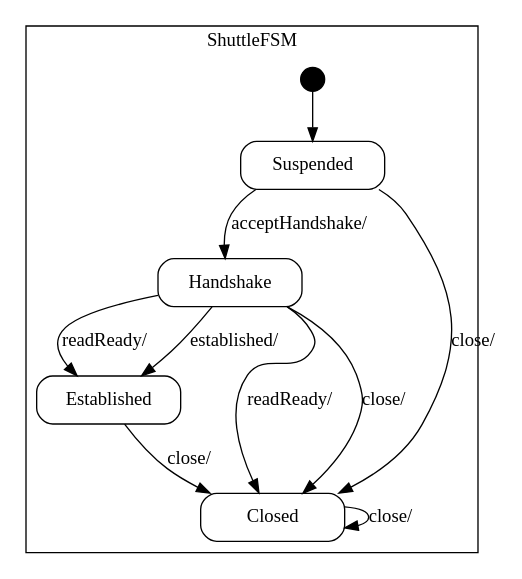
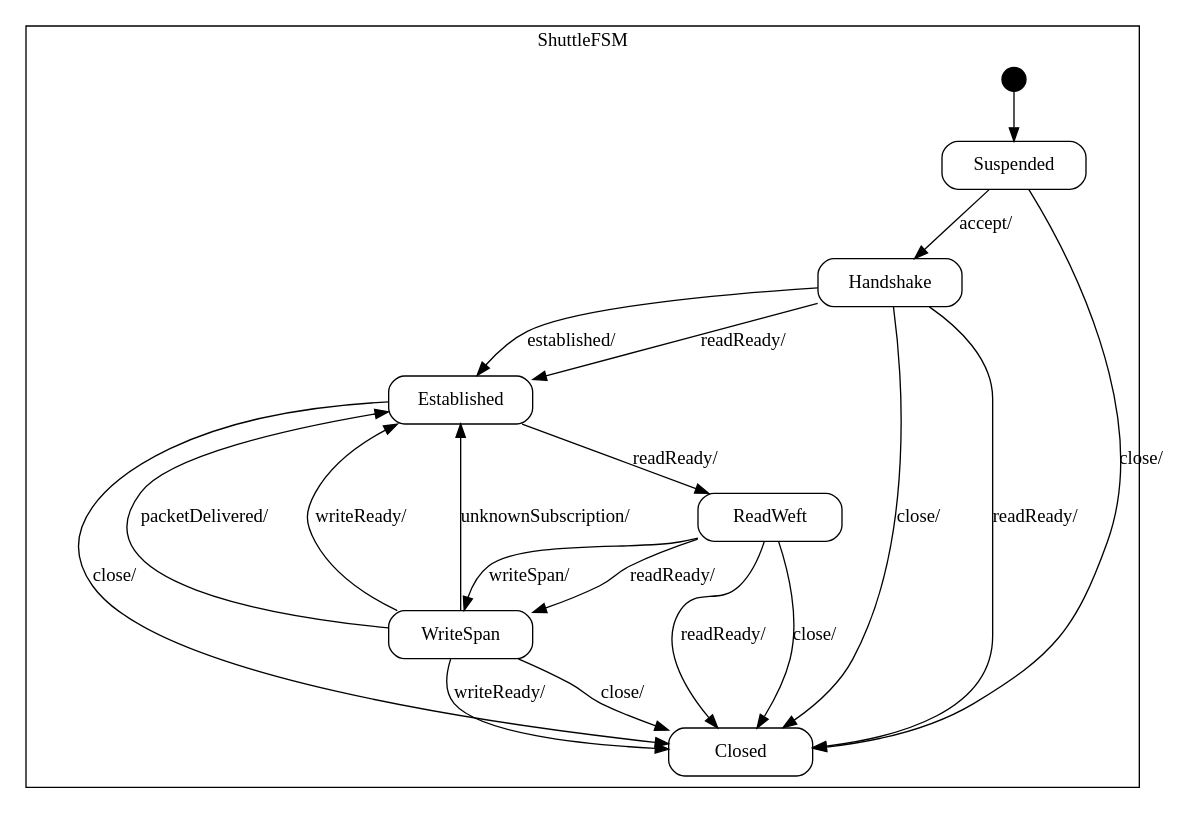
One commit to vmehra-sfdc/Ouroboros changed the diagram in spindle/doc/Shuttle_sm.dot. Above: the diagram before and after it, drawn with Graphviz. The commit also changed 7 other files, not shown here.

```diff
--- a/spindle/doc/Shuttle_sm.dot
+++ b/spindle/doc/Shuttle_sm.dot
@@ -1,60 +1,93 @@
 digraph Shuttle {
 
     node
         [shape=Mrecord width=1.5];
 
     subgraph cluster_ShuttleFSM {
 
         label="ShuttleFSM";
 
         //
         // States (Nodes)
         //
 
         "ShuttleFSM::Suspended"
             [label="{Suspended}"];
 
         "ShuttleFSM::Established"
             [label="{Established}"];
 
         "ShuttleFSM::Handshake"
             [label="{Handshake}"];
 
+        "ShuttleFSM::ReadWeft"
+            [label="{ReadWeft}"];
+
+        "ShuttleFSM::WriteSpan"
+            [label="{WriteSpan}"];
+
         "ShuttleFSM::Closed"
             [label="{Closed}"];
 
         "%start"
             [label="" shape=circle style=filled fillcolor=black width=0.25];
 
         //
         // Transitions (Edges)
         //
 
         "ShuttleFSM::Suspended" -> "ShuttleFSM::Handshake"
-            [label="acceptHandshake/\l"];
+            [label="accept/\l"];
 
         "ShuttleFSM::Suspended" -> "ShuttleFSM::Closed"
             [label="close/\l"];
+
+        "ShuttleFSM::Established" -> "ShuttleFSM::ReadWeft"
+            [label="readReady/\l"];
 
         "ShuttleFSM::Established" -> "ShuttleFSM::Closed"
             [label="close/\l"];
 
         "ShuttleFSM::Handshake" -> "ShuttleFSM::Closed"
             [label="readReady/\l"];
 
         "ShuttleFSM::Handshake" -> "ShuttleFSM::Established"
             [label="readReady/\l"];
 
         "ShuttleFSM::Handshake" -> "ShuttleFSM::Established"
             [label="established/\l"];
 
         "ShuttleFSM::Handshake" -> "ShuttleFSM::Closed"
             [label="close/\l"];
 
-        "ShuttleFSM::Closed" -> "ShuttleFSM::Closed"
+        "ShuttleFSM::ReadWeft" -> "ShuttleFSM::Closed"
+            [label="readReady/\l"];
+
+        "ShuttleFSM::ReadWeft" -> "ShuttleFSM::WriteSpan"
+            [label="readReady/\l"];
+
+        "ShuttleFSM::ReadWeft" -> "ShuttleFSM::WriteSpan"
+            [label="writeSpan/\l"];
+
+        "ShuttleFSM::ReadWeft" -> "ShuttleFSM::Closed"
+            [label="close/\l"];
+
+        "ShuttleFSM::WriteSpan" -> "ShuttleFSM::Closed"
+            [label="writeReady/\l"];
+
+        "ShuttleFSM::WriteSpan" -> "ShuttleFSM::Established"
+            [label="writeReady/\l"];
+
+        "ShuttleFSM::WriteSpan" -> "ShuttleFSM::Established"
+            [label="unknownSubscription/\l"];
+
+        "ShuttleFSM::WriteSpan" -> "ShuttleFSM::Established"
+            [label="packetDelivered/\l"];
+
+        "ShuttleFSM::WriteSpan" -> "ShuttleFSM::Closed"
             [label="close/\l"];
 
         "%start" -> "ShuttleFSM::Suspended"
     }
 
 }
```
